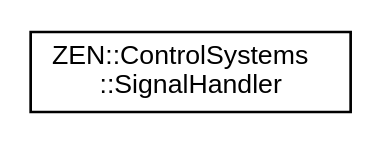
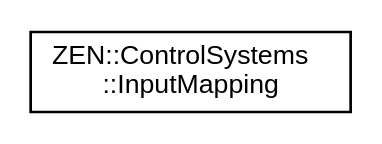
One commit to markhj/zeronetics changed the diagram in inherit_graph_5.dot. Above: the diagram before and after it, drawn with Graphviz. The commit also changed 249 other files, not shown here.

```diff
--- a/inherit_graph_5.dot
+++ b/inherit_graph_5.dot
@@ -1,8 +1,8 @@
 digraph "Graphical Class Hierarchy"
 {
  // LATEX_PDF_SIZE
   edge [fontname="Helvetica",fontsize="10",labelfontname="Helvetica",labelfontsize="10"];
   node [fontname="Helvetica",fontsize="10",shape=record];
   rankdir="LR";
-  Node0 [label="ZEN::ControlSystems\l::SignalHandler",height=0.2,width=0.4,color="black", fillcolor="white", style="filled",URL="$classZEN_1_1ControlSystems_1_1SignalHandler.html",tooltip=" "];
+  Node0 [label="ZEN::ControlSystems\l::InputMapping",height=0.2,width=0.4,color="black", fillcolor="white", style="filled",URL="$classZEN_1_1ControlSystems_1_1InputMapping.html",tooltip=" "];
 }
```
